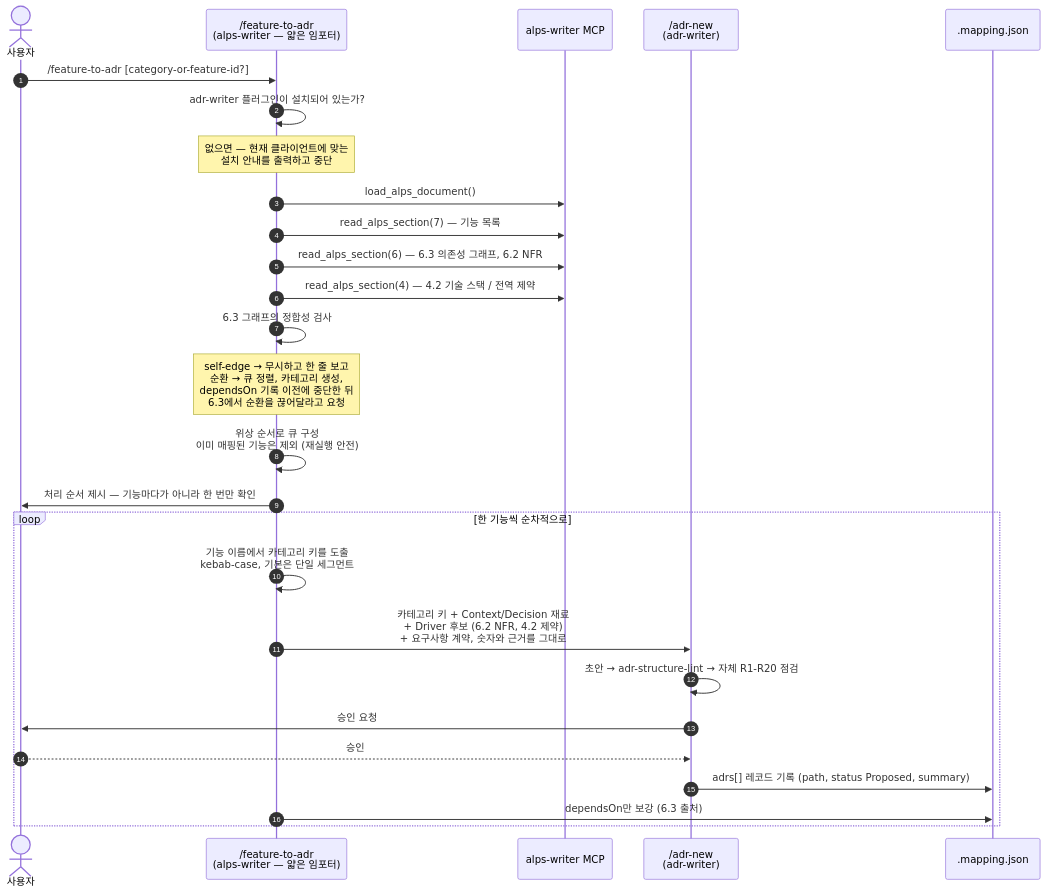
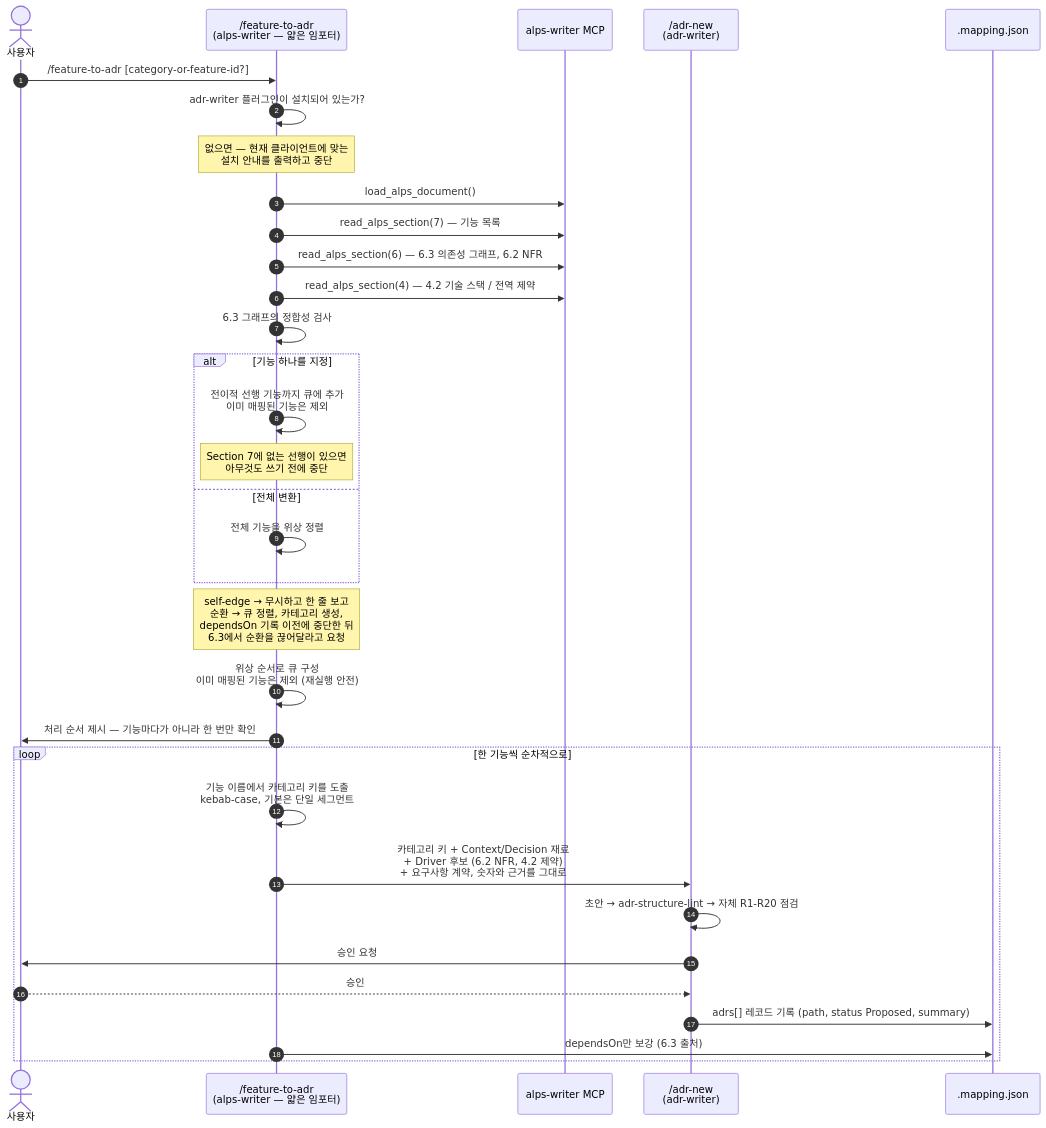
Before and after one commit to haandol/alps-writer-mcp: the third of 8 diagrams in docs/adr-process.md, drawn with Mermaid. The commit also changed other lines of this file and 35 other files, not shown here.

````diff
--- a/docs/adr-process.md
+++ b/docs/adr-process.md
@@ -157,34 +166,40 @@
 ```mermaid
 sequenceDiagram
     autonumber
     actor U as 사용자
     participant F2A as /feature-to-adr<br/>(alps-writer — 얇은 임포터)
     participant MCP as alps-writer MCP
     participant New as /adr-new<br/>(adr-writer)
     participant Map as .mapping.json
 
     U->>F2A: /feature-to-adr [category-or-feature-id?]
     F2A->>F2A: adr-writer 플러그인이 설치되어 있는가?
     Note over F2A: 없으면 — 현재 클라이언트에 맞는<br/>설치 안내를 출력하고 중단
 
     F2A->>MCP: load_alps_document()
     F2A->>MCP: read_alps_section(7) — 기능 목록
     F2A->>MCP: read_alps_section(6) — 6.3 의존성 그래프, 6.2 NFR
     F2A->>MCP: read_alps_section(4) — 4.2 기술 스택 / 전역 제약
 
     F2A->>F2A: 6.3 그래프의 정합성 검사
+    alt 기능 하나를 지정
+        F2A->>F2A: 전이적 선행 기능까지 큐에 추가<br/>이미 매핑된 기능은 제외
+        Note over F2A: Section 7에 없는 선행이 있으면<br/>아무것도 쓰기 전에 중단
+    else 전체 변환
+        F2A->>F2A: 전체 기능을 위상 정렬
+    end
     Note over F2A: self-edge → 무시하고 한 줄 보고<br/>순환 → 큐 정렬, 카테고리 생성,<br/>dependsOn 기록 이전에 중단한 뒤<br/>6.3에서 순환을 끊어달라고 요청
 
     F2A->>F2A: 위상 순서로 큐 구성<br/>이미 매핑된 기능은 제외 (재실행 안전)
     F2A->>U: 처리 순서 제시 — 기능마다가 아니라 한 번만 확인
 
     loop 한 기능씩 순차적으로
         F2A->>F2A: 기능 이름에서 카테고리 키를 도출<br/>kebab-case, 기본은 단일 세그먼트
         F2A->>New: 카테고리 키 + Context/Decision 재료<br/>+ Driver 후보 (6.2 NFR, 4.2 제약)<br/>+ 요구사항 계약, 숫자와 근거를 그대로
         New->>New: 초안 → adr-structure-lint → 자체 R1-R20 점검
         New->>U: 승인 요청
         U-->>New: 승인
         New->>Map: adrs[] 레코드 기록 (path, status Proposed, summary)
         F2A->>Map: dependsOn만 보강 (6.3 출처)
     end
 ```
````
